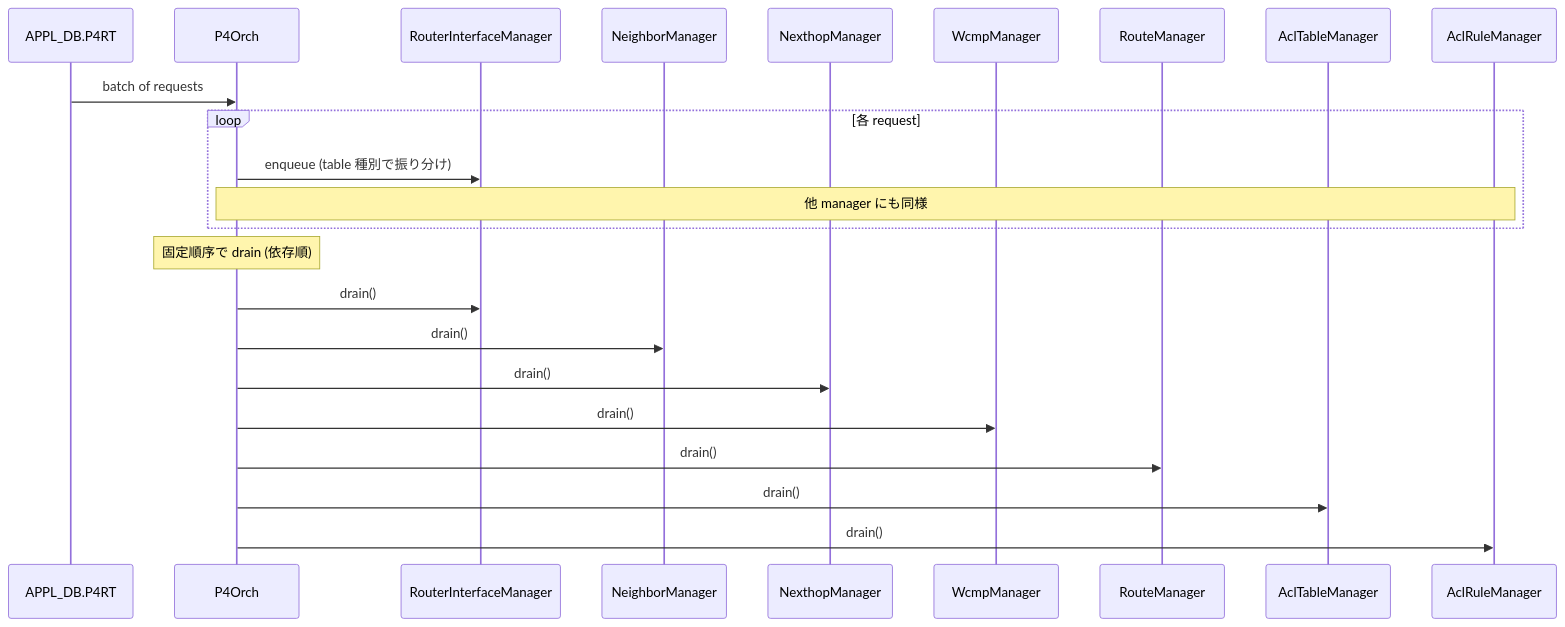
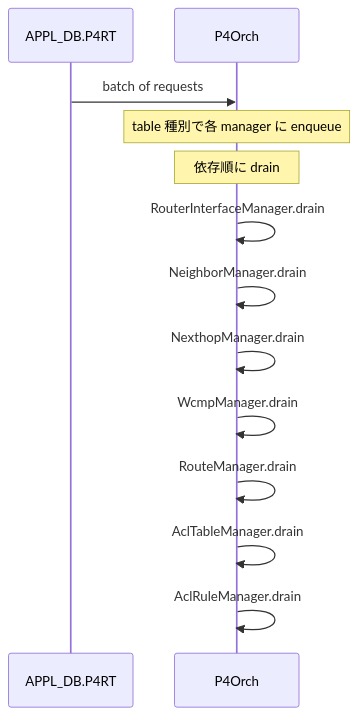
Before and after one commit to aoki-taquan/sonic-unofficial-docs: the first of 2 diagrams in docs/internals/p4-orchagent.md, drawn with Mermaid. The commit also changed other lines of this file and 10 other files, not shown here.

````diff
--- a/docs/internals/p4-orchagent.md
+++ b/docs/internals/p4-orchagent.md
@@ -68,25 +58,15 @@
 ```mermaid
 sequenceDiagram
     participant ADB as APPL_DB.P4RT
     participant PO as P4Orch
-    participant RIM as RouterInterfaceManager
-    participant NEM as NeighborManager
-    participant NHM as NexthopManager
-    participant WCM as WcmpManager
-    participant RM as RouteManager
-    participant ATM as AclTableManager
-    participant ARM as AclRuleManager
     ADB->>PO: batch of requests
-    loop 各 request
-        PO->>RIM: enqueue (table 種別で振り分け)
-        Note over PO,ARM: 他 manager にも同様
-    end
-    Note over PO: 固定順序で drain (依存順)
-    PO->>RIM: drain()
-    PO->>NEM: drain()
-    PO->>NHM: drain()
-    PO->>WCM: drain()
-    PO->>RM: drain()
-    PO->>ATM: drain()
-    PO->>ARM: drain()
+    Note over PO: table 種別で各 manager に enqueue
+    Note over PO: 依存順に drain
+    PO->>PO: RouterInterfaceManager.drain
+    PO->>PO: NeighborManager.drain
+    PO->>PO: NexthopManager.drain
+    PO->>PO: WcmpManager.drain
+    PO->>PO: RouteManager.drain
+    PO->>PO: AclTableManager.drain
+    PO->>PO: AclRuleManager.drain
 ```
````
